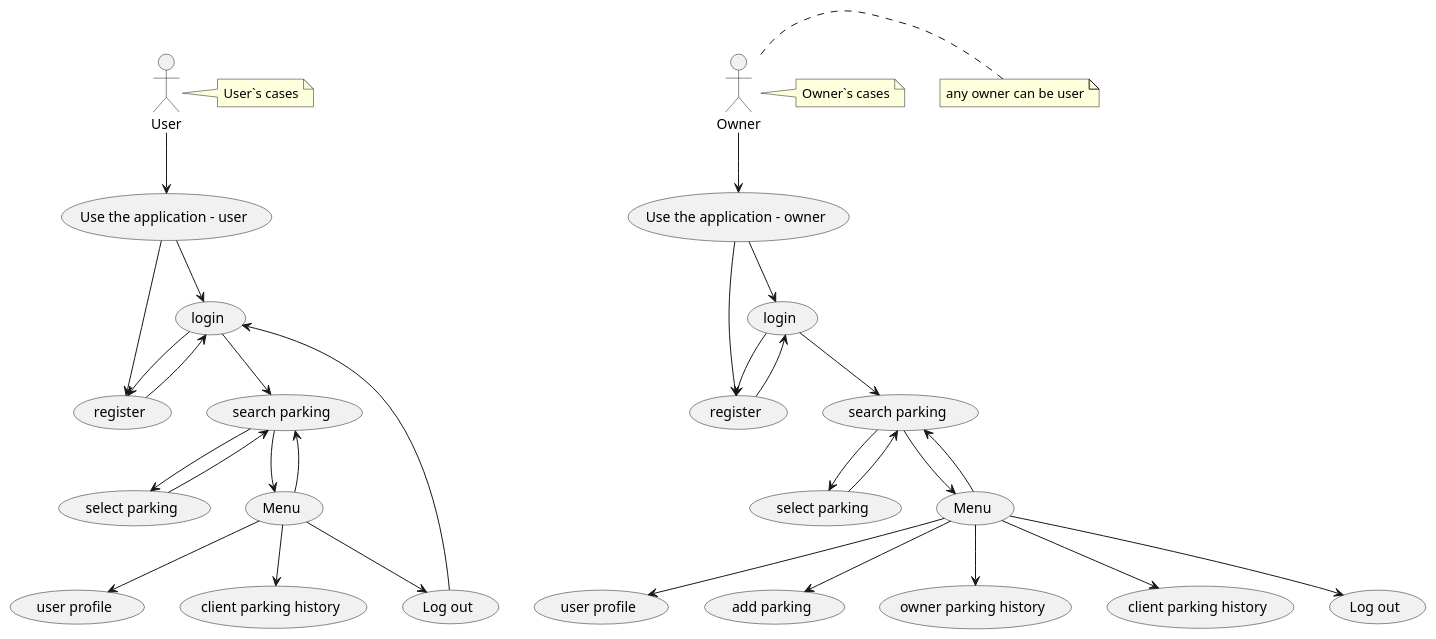
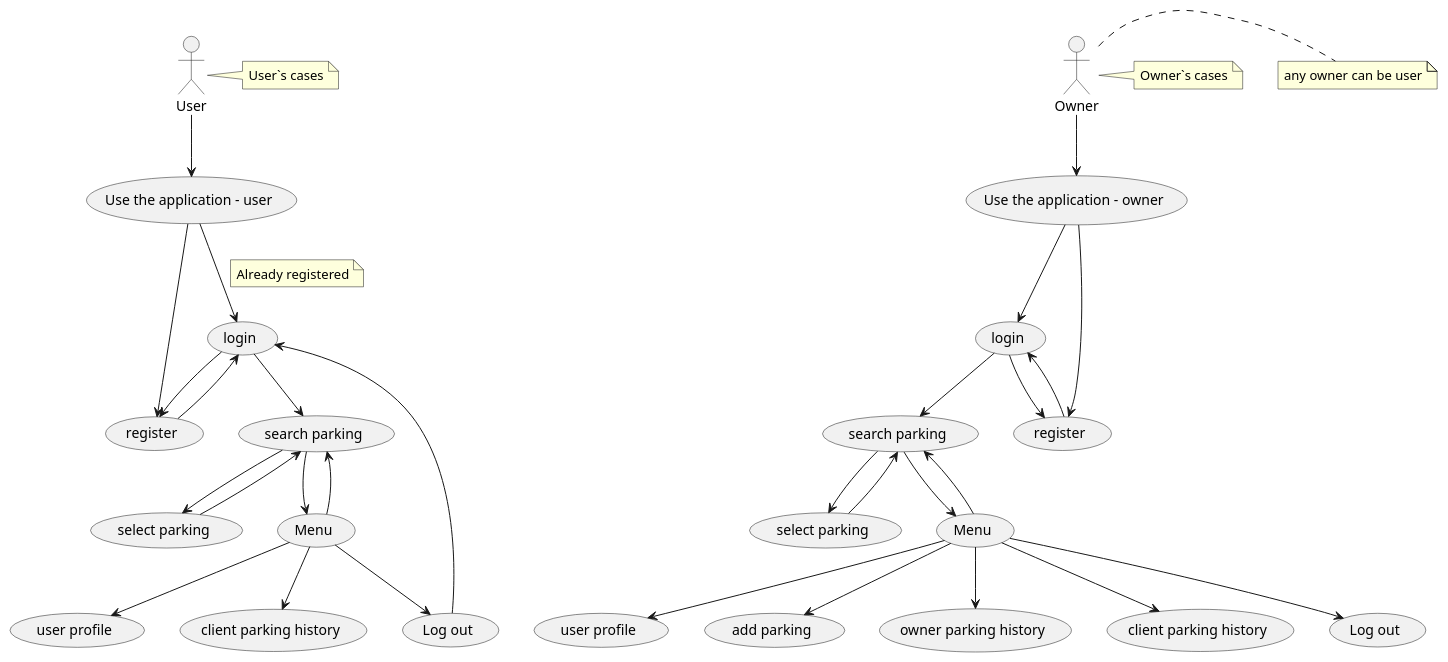
One commit to Gal25/Park4You changed the diagram in app/src/main/java/com/example/park4you/Diagram/Use_case_Diagram.puml. Above: the diagram before and after it, drawn with PlantUML. The commit also changed 24 other files, not shown here.

```diff
--- a/app/src/main/java/com/example/park4you/Diagram/Use_case_Diagram.puml
+++ b/app/src/main/java/com/example/park4you/Diagram/Use_case_Diagram.puml
@@ -1,63 +1,66 @@
 @startuml
 'https://plantuml.com/use-case-diagram
 
 ':Main Admin: as Admin
 (Use the application - user) as (Use1)
 (Use the application - owner) as (Use2)
 
 (login)as (login1)
 (login)as (login2)
 (register) as (register1)
 (register) as (register2)
 (user profile) as (profile1)
 (user profile) as (profile2)
 (add parking) as (new_parking)
 (search parking) as (search_parking1)
 (search parking) as (search_parking2)
 (select parking) as (select_parking1)
 (select parking) as (select_parking2)
 (owner parking history) as (owner_parking_history)
 (client parking history) as (client_parking_history1)
 (client parking history) as (client_parking_history2)
 (Log out) as (log_out1)
 (Log out) as (log_out2)
 (Menu) as (menu1)
 (Menu) as (menu2)
 
 User --> (Use1)
 (Use1) --> (register1)
 (Use1) --> (login1)
+note on link
+  Already registered
+  end note
 (register1) --> (login1)
 (login1) --> (register1)
 (login1) --> (search_parking1)
 (search_parking1) --> (select_parking1)
 (select_parking1) --> (search_parking1)
 (search_parking1) --> (menu1)
 (menu1) --> (profile1)
 (menu1) --> (search_parking1)
 (menu1) --> (client_parking_history1)
 (menu1) --> (log_out1)
 (log_out1) --> (login1)
 note right of User : User`s cases
 
 
 Owner --> (Use2)
 (Use2) --> (register2)
 (Use2) --> (login2)
 (register2) --> (login2)
 (login2) --> (register2)
 (login2) --> (search_parking2)
 (search_parking2) --> (select_parking2)
 (select_parking2) --> (search_parking2)
 (search_parking2) --> (menu2)
 (menu2) --> (search_parking2)
 (menu2) --> (profile2)
 (menu2) --> (client_parking_history2)
 (menu2) --> (log_out2)
 (menu2) --> (new_parking)
 (menu2) --> (owner_parking_history)
 
 note right of Owner : any owner can be user
 note right of Owner : Owner`s cases
 
 @enduml
```
